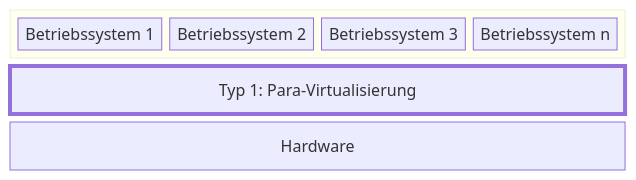
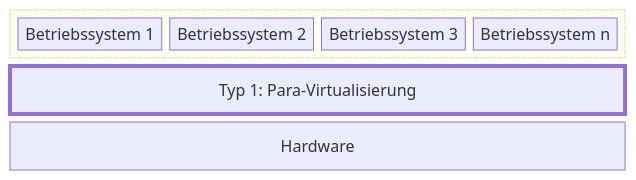
The first of 5 diagrams in content/theorie/vms-container-serverless/_index.md (patrickbucher/m346.frickelbude.ch), drawn with Mermaid before and after one commit. The commit also changed other lines of this file, not shown here.

Commit message:
graphics server vs. serverless

````diff
--- a/content/theorie/vms-container-serverless/_index.md
+++ b/content/theorie/vms-container-serverless/_index.md
@@ -48,14 +48,14 @@
 ```mermaid
 block-beta
 columns 4
     block:os:4
         os1["Betriebssystem 1"]
         os2["Betriebssystem 2"]
         os3["Betriebssystem 3"]
         osn["Betriebssystem n"]
     end
     para["Typ 1: Para-Virtualisierung"]:4
     hardware["Hardware"]:4
     style para stroke-width:4px
-    style os stroke-width: 2px stroke-dasharray: 5 1
+    style os stroke-width: 2px,stroke-dasharray: 5 1
 ```
````
